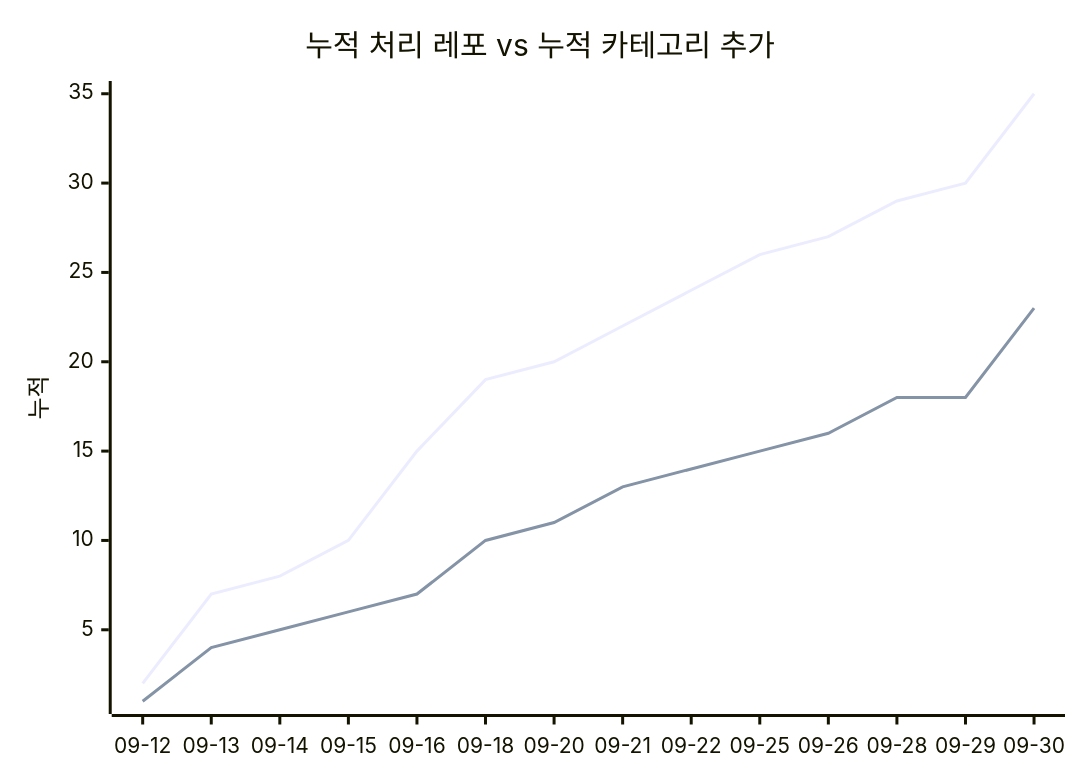
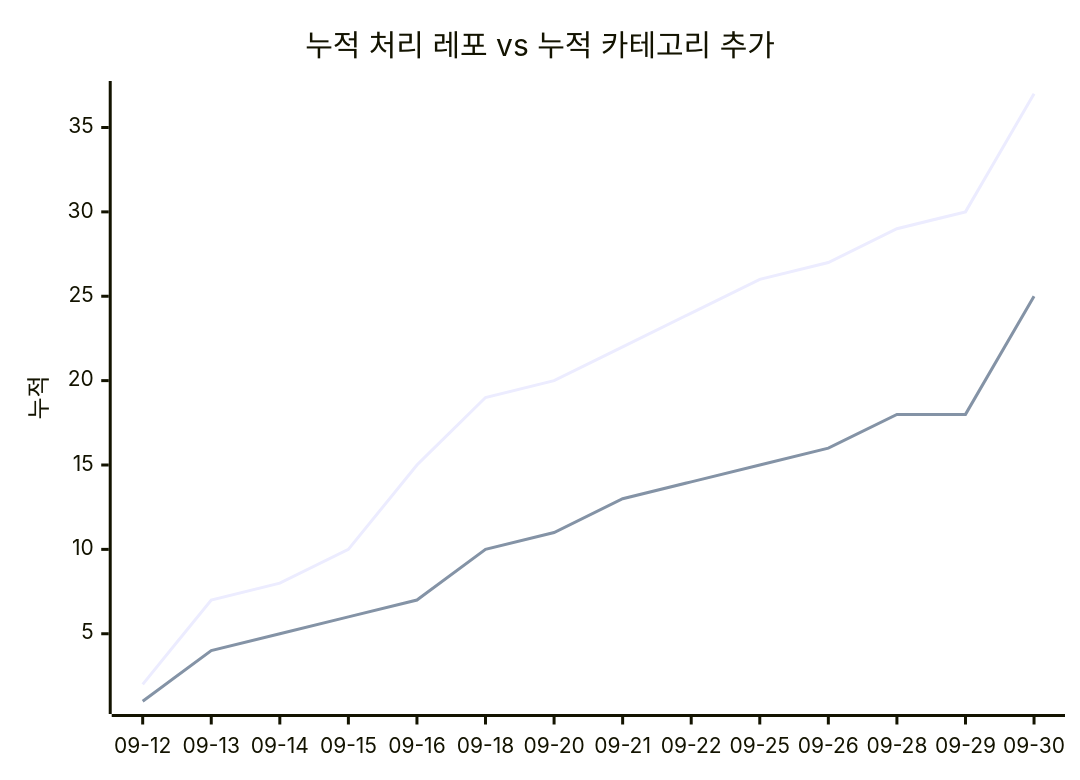
One commit to J-nowcow/awesome-korean-agent-skills changed the second of 2 diagrams in docs/trends.md. Above: the diagram before and after it, drawn with Mermaid. The commit also changed other lines of this file and 5 other files, not shown here.

````diff
--- a/docs/trends.md
+++ b/docs/trends.md
@@ -68,8 +68,8 @@
 ```mermaid
 xychart-beta
     title "누적 처리 레포 vs 누적 카테고리 추가"
     x-axis ["09-12","09-13","09-14","09-15","09-16","09-18","09-20","09-21","09-22","09-25","09-26","09-28","09-29","09-30"]
     y-axis "누적"
-    line [2,7,8,10,15,19,20,22,24,26,27,29,30,35]
-    line [1,4,5,6,7,10,11,13,14,15,16,18,18,23]
+    line [2,7,8,10,15,19,20,22,24,26,27,29,30,37]
+    line [1,4,5,6,7,10,11,13,14,15,16,18,18,25]
 ```
````
